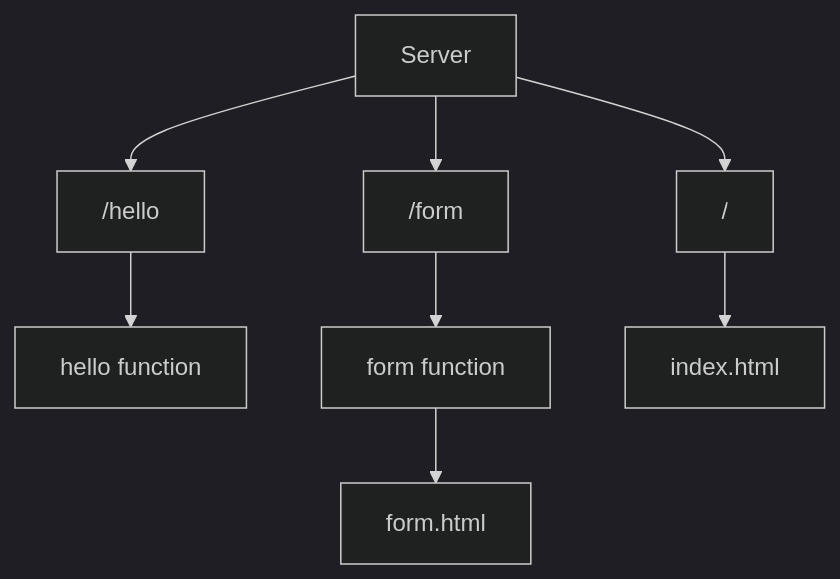
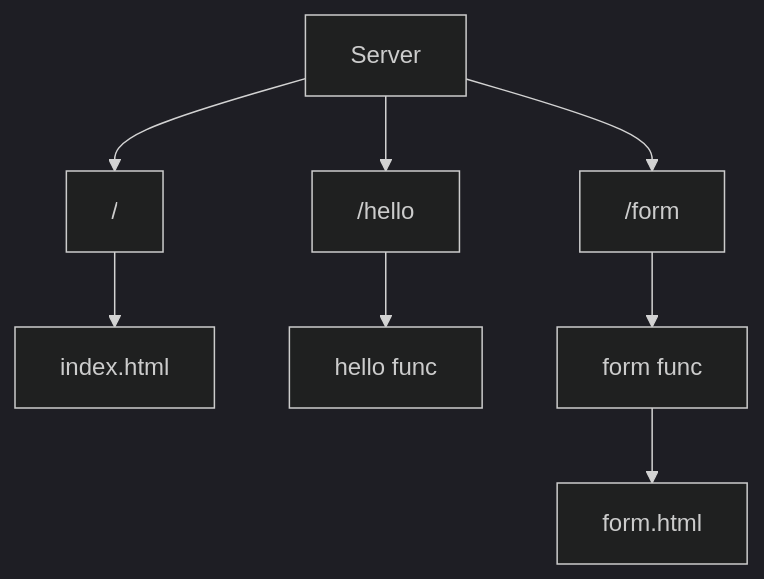
The diagram in README.md (victorthecreative/go-simple-webserver), drawn with Mermaid (dark theme) before and after one commit.

Commit message:
Ajuste mermaid

````diff
--- a/README.md
+++ b/README.md
@@ -7,6 +7,6 @@
 ```mermaid
 graph TD
-    Server --> hello["/hello"] --> helloFunction["hello function"]
-    Server --> form["/form"] --> formFunction["form function"] --> formHtml["form.html"]
     Server --> root["/"] --> indexHtml["index.html"]
+    Server --> hello["/hello"] --> helloFunction["hello func"]
+    Server --> form["/form"] --> formFunction["form func"] --> formHtml["form.html"]
 ```
````
